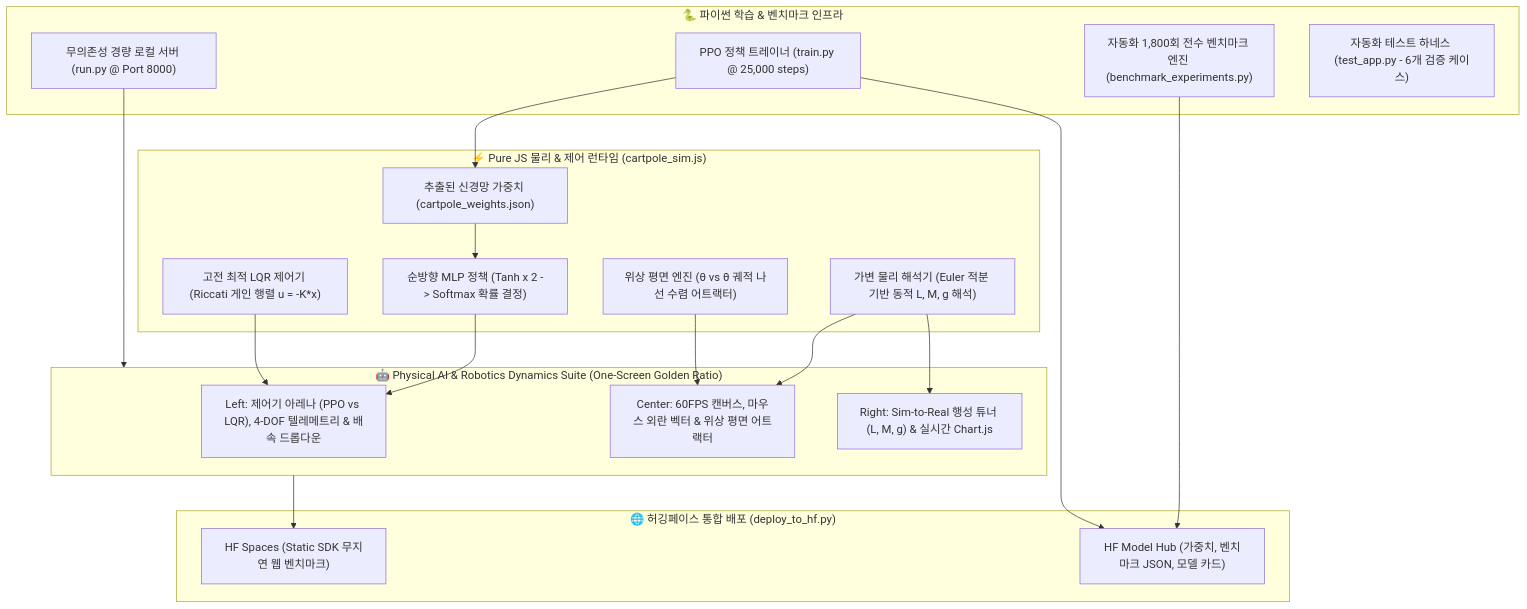
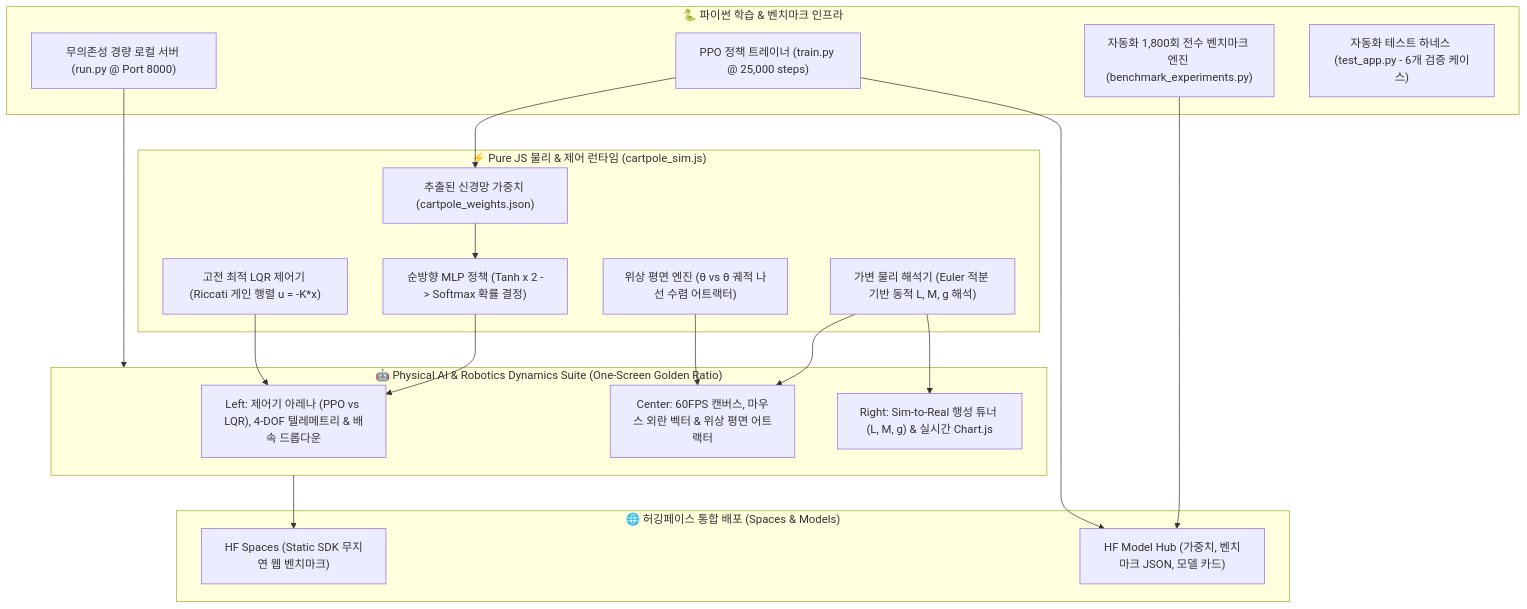
Before and after one commit to Hwihwa-Lab/cartpole-v1-ppo: the diagram in README_KR.md, drawn with Mermaid. The commit also changed other lines of this file and 1 other file, not shown here.

Commit message:
docs: align repository manifest strictly with Hugging Face Model Hub tree

````diff
--- a/README_KR.md
+++ b/README_KR.md
@@ -48,40 +48,40 @@
 ```mermaid
 flowchart TB
     subgraph Client_Layer ["🤖 Physical AI & Robotics Dynamics Suite (One-Screen Golden Ratio)"]
         UI_Left["Left: 제어기 아레나 (PPO vs LQR), 4-DOF 텔레메트리 & 배속 드롭다운"]
         UI_Center["Center: 60FPS 캔버스, 마우스 외란 벡터 & 위상 평면 어트랙터"]
         UI_Right["Right: Sim-to-Real 행성 튜너 (L, M, g) & 실시간 Chart.js"]
     end
 
     subgraph Core_Engine ["⚡ Pure JS 물리 & 제어 런타임 (cartpole_sim.js)"]
         Physics["가변 물리 해석기 (Euler 적분 기반 동적 L, M, g 해석)"]
         LQR_Ctrl["고전 최적 LQR 제어기 (Riccati 게인 행렬 u = -K*x)"]
         PPO_Ctrl["순방향 MLP 정책 (Tanh x 2 -> Softmax 확률 결정)"]
         PhasePlot["위상 평면 엔진 (θ vs θ̇ 궤적 나선 수렴 어트랙터)"]
         WeightsJSON["추출된 신경망 가중치 (cartpole_weights.json)"]
     end
 
     subgraph Python_Backend ["🐍 파이썬 학습 & 벤치마크 인프라"]
         Trainer["PPO 정책 트레이너 (train.py @ 25,000 steps)"]
         Benchmark["자동화 1,800회 전수 벤치마크 엔진 (benchmark_experiments.py)"]
         LocalServer["무의존성 경량 로컬 서버 (run.py @ Port 8000)"]
         TestSuite["자동화 테스트 하네스 (test_app.py - 6개 검증 케이스)"]
     end
 
-    subgraph Hub_Distribution ["🌐 허깅페이스 통합 배포 (deploy_to_hf.py)"]
+    subgraph Hub_Distribution ["🌐 허깅페이스 통합 배포 (Spaces & Models)"]
         Spaces["HF Spaces (Static SDK 무지연 웹 벤치마크)"]
         Models["HF Model Hub (가중치, 벤치마크 JSON, 모델 카드)"]
     end
 
     WeightsJSON --> PPO_Ctrl
     Physics --> UI_Center
     PPO_Ctrl --> UI_Left
     LQR_Ctrl --> UI_Left
     PhasePlot --> UI_Center
     Physics --> UI_Right
     Trainer --> WeightsJSON
     Benchmark --> Models
     LocalServer --> Client_Layer
     Client_Layer --> Spaces
     Trainer --> Models
 ```
````
